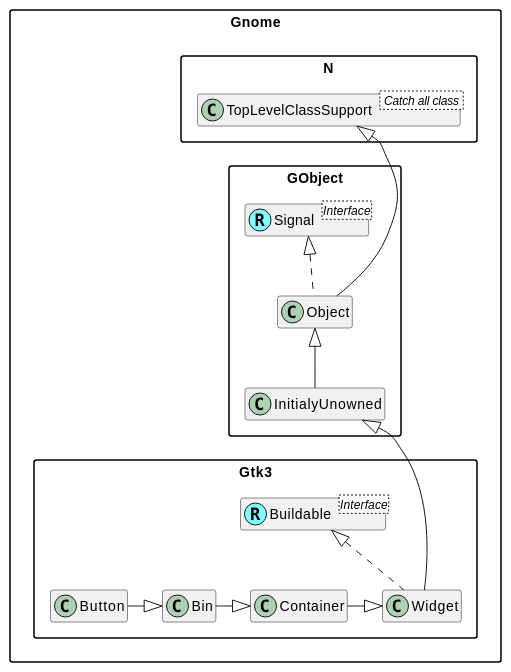
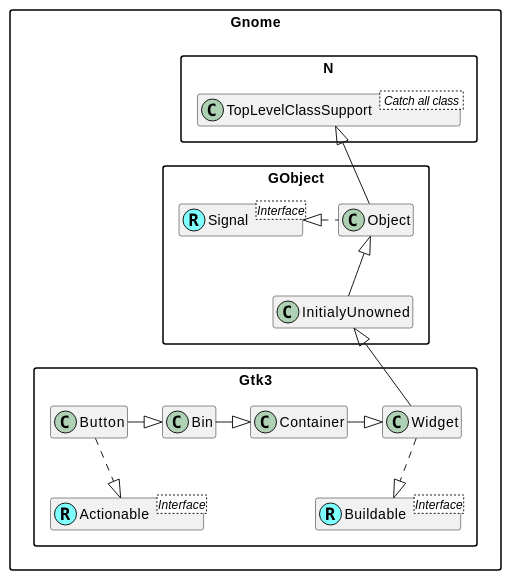
The diagram in doc/plantuml/Button.md (MARTIMM/gnome-gtk3), drawn with PlantUML before and after one commit. The commit also changed other lines of this file and 5 other files, not shown here.

Commit message:
modified uml diagrams

````diff
--- a/doc/plantuml/Button.md
+++ b/doc/plantuml/Button.md
@@ -1,64 +1,36 @@
 ```plantuml
 @startuml
 'scale 0.9
 skinparam packageStyle rectangle
 skinparam stereotypeCBackgroundColor #80ffff
 set namespaceSeparator ::
 hide members
 
 'Class and interface decorations
 class Gnome::N::TopLevelClassSupport < Catch all class >
 
 Interface Gnome::GObject::Signal <Interface>
 class Gnome::GObject::Signal <<(R,#80ffff)>>
 
 Interface Gnome::Gtk3::Buildable <Interface>
 class Gnome::Gtk3::Buildable <<(R,#80ffff)>>
 
-'class Gnome::GObject::InitialyUnowned
-'class Gnome::GObject::Object
-class Gnome::Gtk3::Widget implements Gnome::Gtk3::Buildable
+Interface Gnome::Gtk3::Actionable <Interface>
+class Gnome::Gtk3::Actionable <<(R,#80ffff)>>
 
-Gnome::N::TopLevelClassSupport <|--- Gnome::GObject::Object
+
+'class connections
+Gnome::N::TopLevelClassSupport <|-- Gnome::GObject::Object
 Gnome::GObject::Object <|-- Gnome::GObject::InitialyUnowned
-'Gnome::GObject::Object *-> Gnome::GObject::Signal
-Gnome::GObject::Signal <|.. Gnome::GObject::Object
+Gnome::GObject::Signal <|. Gnome::GObject::Object
 
-Gnome::GObject::InitialyUnowned <|--- Gnome::Gtk3::Widget
+Gnome::GObject::InitialyUnowned <|-- Gnome::Gtk3::Widget
+Gnome::Gtk3::Widget ..|> Gnome::Gtk3::Buildable
 
 Gnome::Gtk3::Button -|> Gnome::Gtk3::Bin
+Gnome::Gtk3::Button ..|> Gnome::Gtk3::Actionable
 Gnome::Gtk3::Bin -|> Gnome::Gtk3::Container
 Gnome::Gtk3::Container -|> Gnome::Gtk3::Widget
 
-
-
-'Interface Gnome::Gtk3::Actionable <Interface>
-'Gnome::Gtk3::Actionable <|-- Gnome::Gtk3::Button
-'class Gnome::Gtk3::Button implements Gnome::Gtk3::Actionable
-
-'Interface Gnome::Gtk3::Orientable <Interface>
-'Gnome::Gtk3::Orientable <|-- Gnome::Gtk3::ScaleButton
-
-'Interface Gnome::Gtk3::ColorChooser <Interface>
-'Gnome::Gtk3::ColorChooser <|-- Gnome::Gtk3::ColorButton
-
-'Interface Gnome::Gtk3::FontChooser <Interface>
-'Gnome::Gtk3::FontChooser <|-- Gnome::Gtk3::FontButton
-
-'Gnome::GObject <--[hidden]- Gnome::Gtk3
-
-
-
-'Gnome::Gtk3::Button <|-- Gnome::Gtk3::ToggleButton
-'Gnome::Gtk3::Button <|-- Gnome::Gtk3::ColorButton
-'Gnome::Gtk3::ToggleButton <|-- Gnome::Gtk3::CheckButton
-'Gnome::Gtk3::ToggleButton <|-- Gnome::Gtk3::MenuButton
-'Gnome::Gtk3::CheckButton <|-- Gnome::Gtk3::RadioButton
-'Gnome::Gtk3::Button <|--- Gnome::Gtk3::FontButton
-'Gnome::Gtk3::Button <|-- Gnome::Gtk3::LinkButton
-'Gnome::Gtk3::Button <|-- Gnome::Gtk3::LockButton
-'Gnome::Gtk3::Button <|-- Gnome::Gtk3::ModelButton
-'Gnome::Gtk3::Button <|-- Gnome::Gtk3::ScaleButton
-'Gnome::Gtk3::ScaleButton <|-- Gnome::Gtk3::VolumeButton
 @enduml
 ```
````
